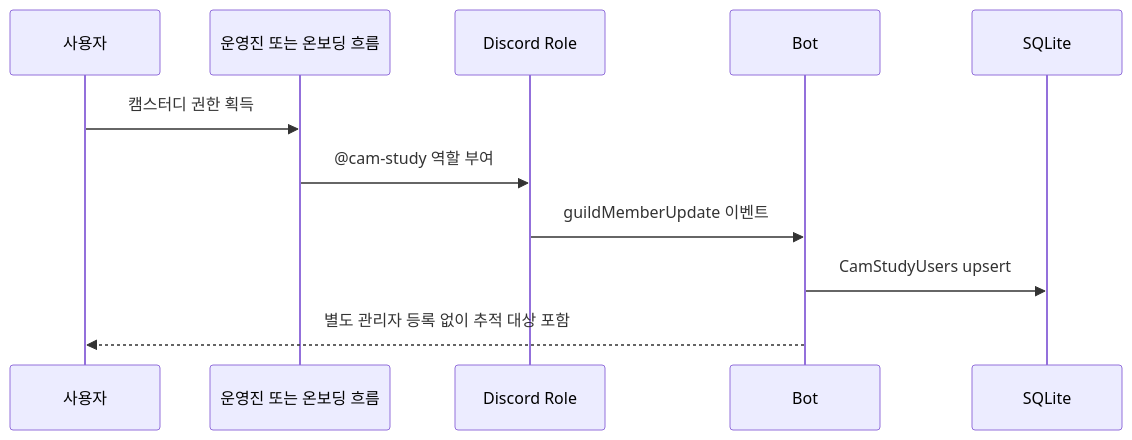
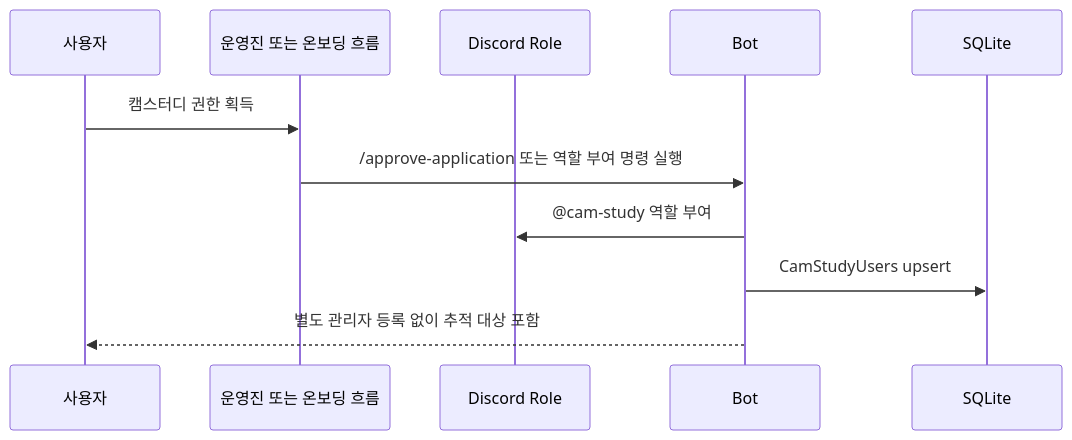
Before and after one commit to honki12345/haruharu-discord-bot: the tenth of 16 diagrams in docs/USER_STORIES.md, drawn with Mermaid. The commit also changed other lines of this file and 3 other files, not shown here.

Commit message:
fix: sync cam study users during approval (#53)

````diff
--- a/docs/USER_STORIES.md
+++ b/docs/USER_STORIES.md
@@ -435,14 +434,14 @@
 ```mermaid
 sequenceDiagram
     participant U as 사용자
     participant O as 운영진 또는 온보딩 흐름
     participant D as Discord Role
     participant B as Bot
     participant DB as SQLite
 
     U->>O: 캠스터디 권한 획득
-    O->>D: @cam-study 역할 부여
-    D->>B: guildMemberUpdate 이벤트
+    O->>B: /approve-application 또는 역할 부여 명령 실행
+    B->>D: @cam-study 역할 부여
     B->>DB: CamStudyUsers upsert
     B-->>U: 별도 관리자 등록 없이 추적 대상 포함
 ```
````
